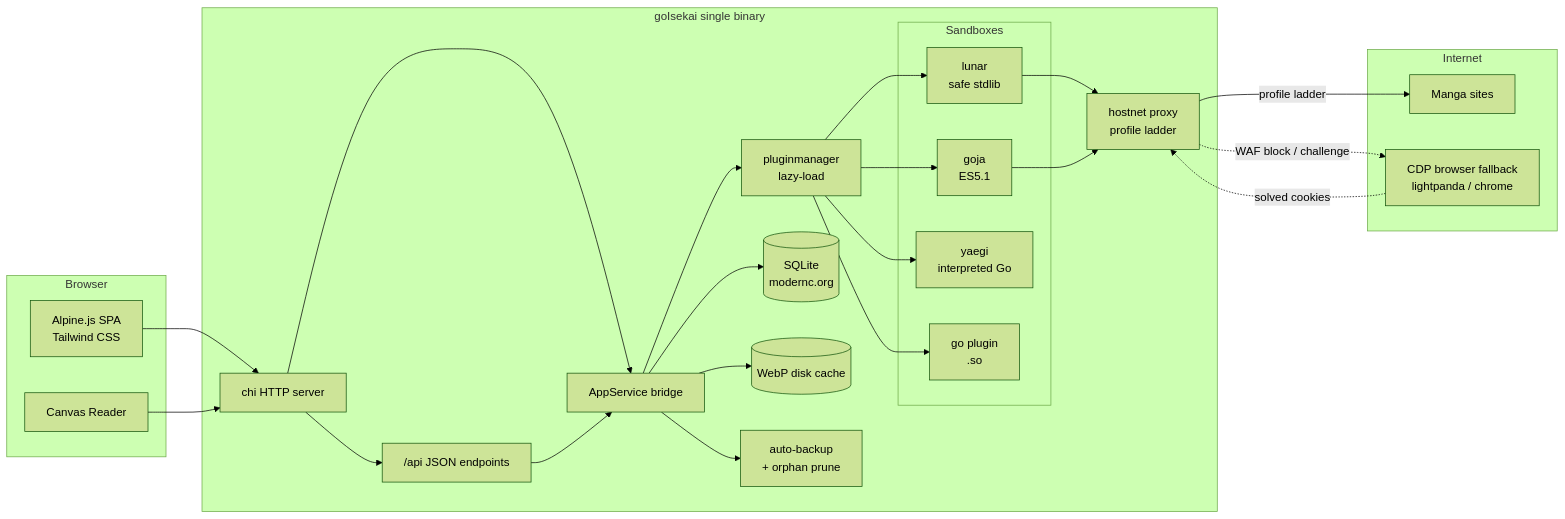
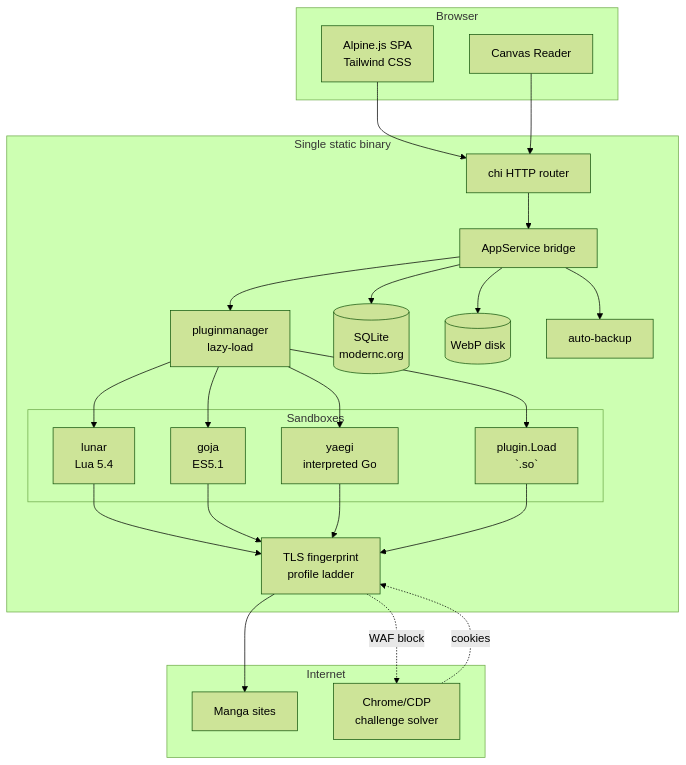
One commit to kenzanin/goIsekai changed the first of 4 diagrams in README.md. Above: the diagram before and after it, drawn with Mermaid (forest theme). The commit also changed other lines of this file and 1 other file, not shown here.

First line of the commit message:
docs: add Mermaid.js architecture diagrams

````diff
--- a/README.md
+++ b/README.md
@@ -11,48 +13,47 @@
 ```mermaid
-flowchart LR
+flowchart TD
     subgraph Browser
         UI[Alpine.js SPA<br/>Tailwind CSS]
         Reader[Canvas Reader]
     end
 
-    subgraph goIsekai[goIsekai single binary]
-        HTTP[chi HTTP server]
-        API["/api JSON endpoints"]
+    subgraph goIsekai[Single static binary]
+        HTTP[chi HTTP router]
         Bridge[AppService bridge]
         PM[pluginmanager<br/>lazy-load]
         subgraph Sandboxes
-            Lua[lunar<br/>safe stdlib]
+            Lua[lunar<br/>Lua 5.4]
             JS[goja<br/>ES5.1]
             YG[yaegi<br/>interpreted Go]
-            GO[go plugin<br/>.so]
+            GO[plugin.Load<br/>`.so`]
         end
-        HostNet["hostnet proxy<br/>profile ladder"]
+        HostNet[TLS fingerprint<br/>profile ladder]
         DB[(SQLite<br/>modernc.org)]
-        Cache[(WebP disk cache)]
-        Backup["auto-backup<br/>+ orphan prune"]
+        Cache[(WebP disk)]
+        Backup[auto-backup]
     end
 
     subgraph Internet
         Sites[Manga sites]
-        CDP[CDP browser fallback<br/>lightpanda / chrome]
+        CDP[Chrome/CDP<br/>challenge solver]
     end
 
     UI --> HTTP
     Reader --> HTTP
     HTTP --> Bridge
-    HTTP --> API
-    API --> Bridge
     Bridge --> PM
     PM --> Lua
     PM --> JS
     PM --> YG
     PM --> GO
     Lua --> HostNet
     JS --> HostNet
-    HostNet -->|profile ladder| Sites
-    HostNet -.->|WAF block / challenge| CDP
-    CDP -.->|solved cookies| HostNet
+    YG --> HostNet
+    GO --> HostNet
+    HostNet --> Sites
+    HostNet -.->|WAF block| CDP
+    CDP -.->|cookies| HostNet
     Bridge --> DB
     Bridge --> Cache
     Bridge --> Backup
 ```
````
